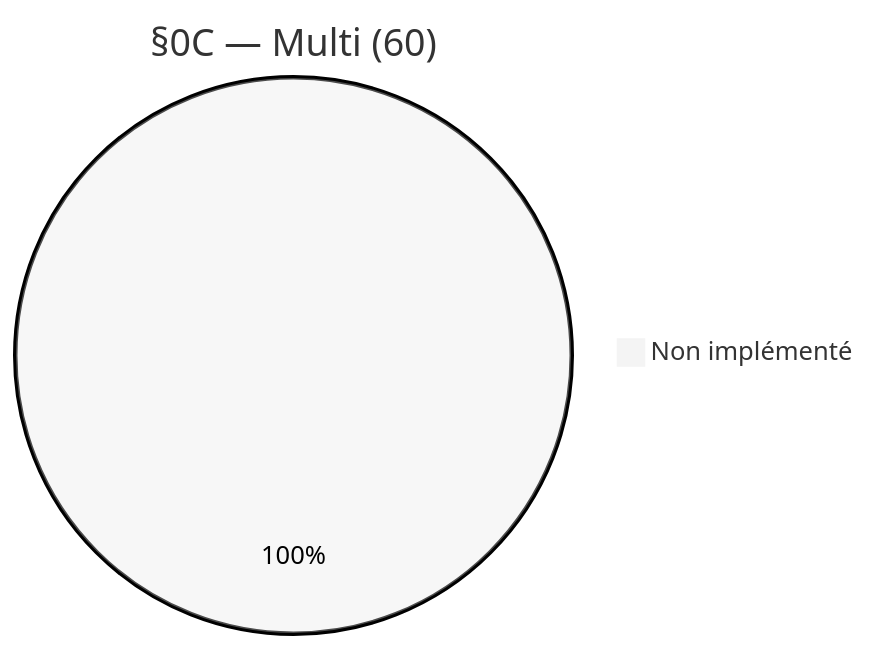
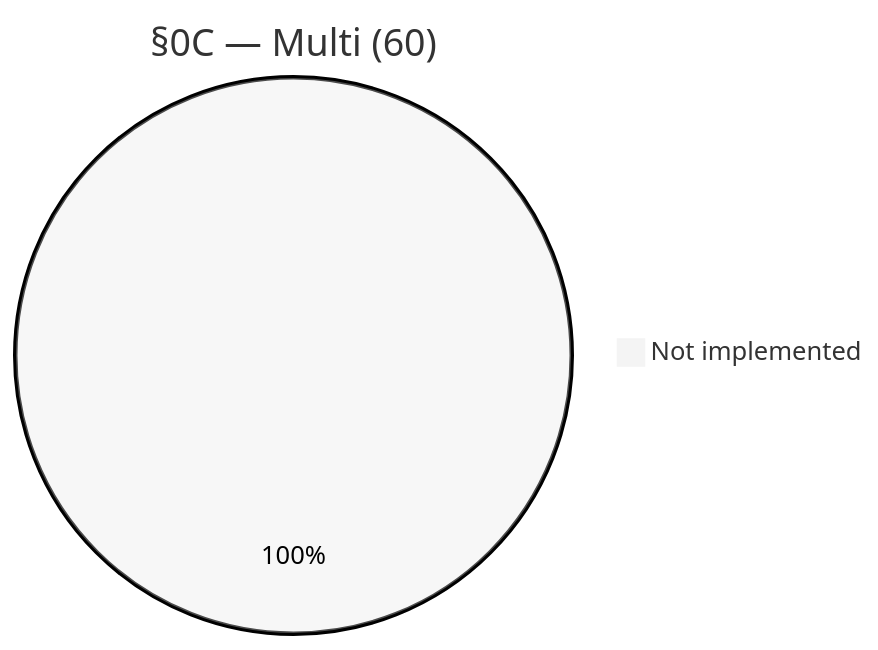
One commit to xplorer2716/XS56K changed the ninth of 14 diagrams in process/3.plan/SUMMARY-akm-sections-coverage.md. Above: the diagram before and after it, drawn with Mermaid (neutral theme). The commit also changed other lines of this file, not shown here.

````diff
--- a/process/3.plan/SUMMARY-akm-sections-coverage.md
+++ b/process/3.plan/SUMMARY-akm-sections-coverage.md
@@ -80,4 +80,4 @@
 ```mermaid
 pie title §0C — Multi (60)
-    "Non implémenté" : 60
+    "Not implemented" : 60
 ```
````
